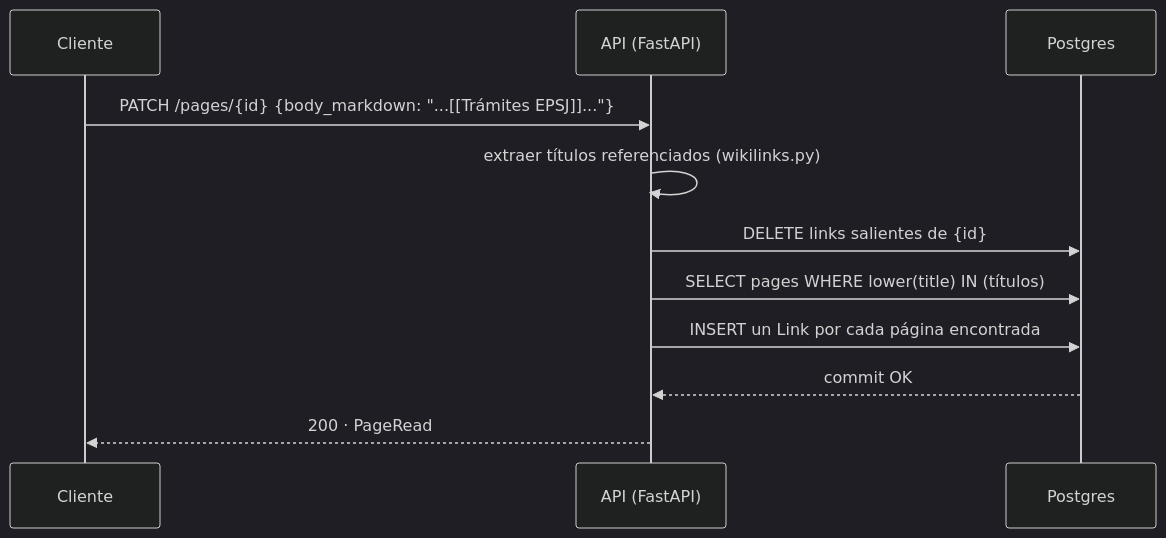
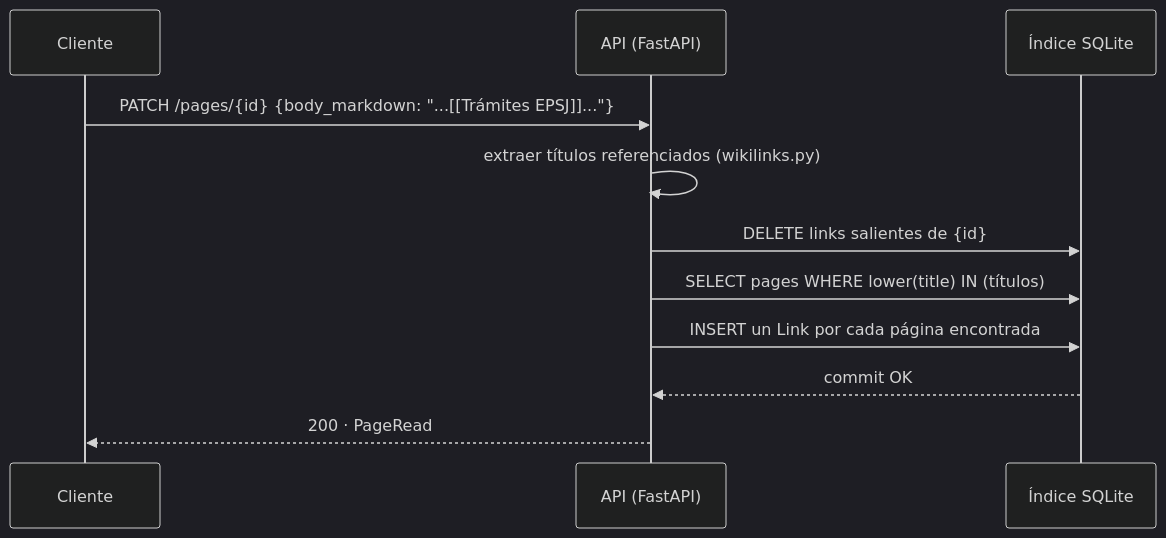
One commit to joaquinrodfer/MyDamnManagement changed the sixth of 9 diagrams in docs/ARCHITECTURE.md. Above: the diagram before and after it, drawn with Mermaid (dark theme). The commit also changed other lines of this file and 2 other files, not shown here.

First line of the commit message:
docs: ADR del índice SQLite y arranque sin Postgres

````diff
--- a/docs/ARCHITECTURE.md
+++ b/docs/ARCHITECTURE.md
@@ -132,14 +142,14 @@
 ```mermaid
 sequenceDiagram
     participant C as Cliente
     participant A as API (FastAPI)
-    participant P as Postgres
+    participant P as Índice SQLite
 
     C->>A: PATCH /pages/{id} {body_markdown: "...[[Trámites EPSJ]]..."}
     A->>A: extraer títulos referenciados (wikilinks.py)
     A->>P: DELETE links salientes de {id}
     A->>P: SELECT pages WHERE lower(title) IN (títulos)
     A->>P: INSERT un Link por cada página encontrada
     P-->>A: commit OK
     A-->>C: 200 · PageRead
 ```
````
